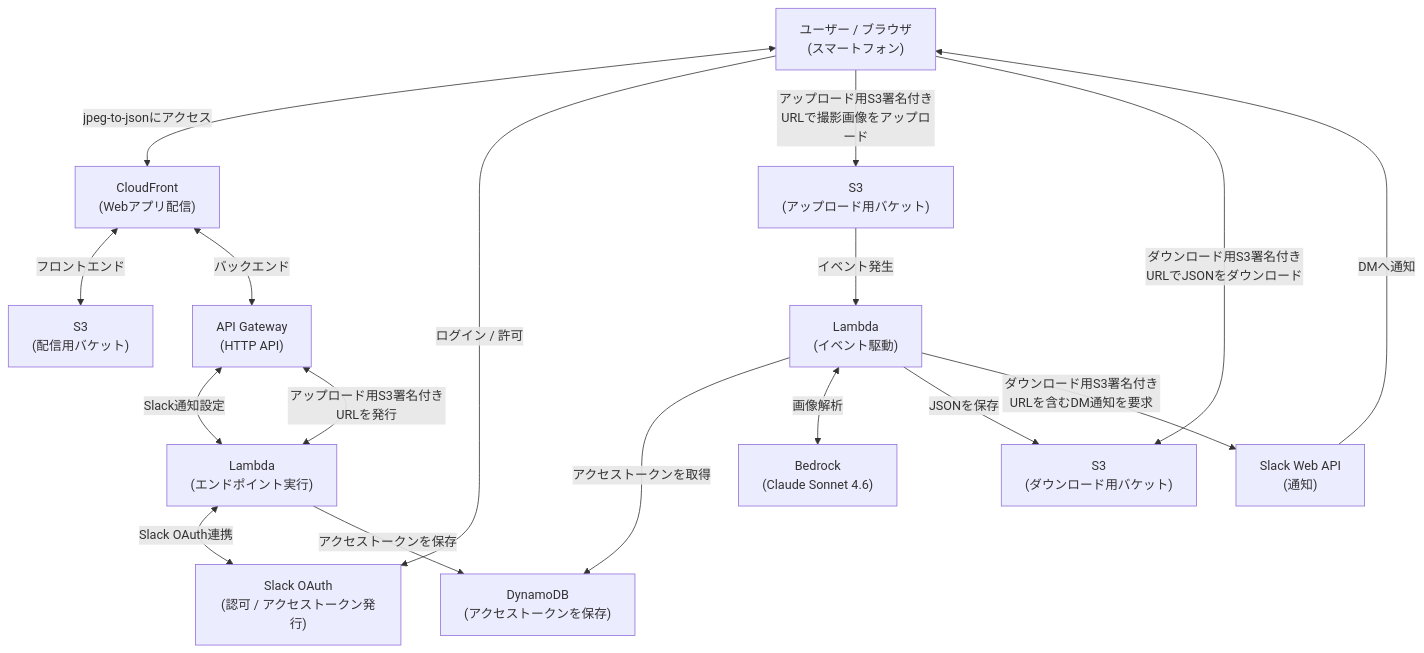
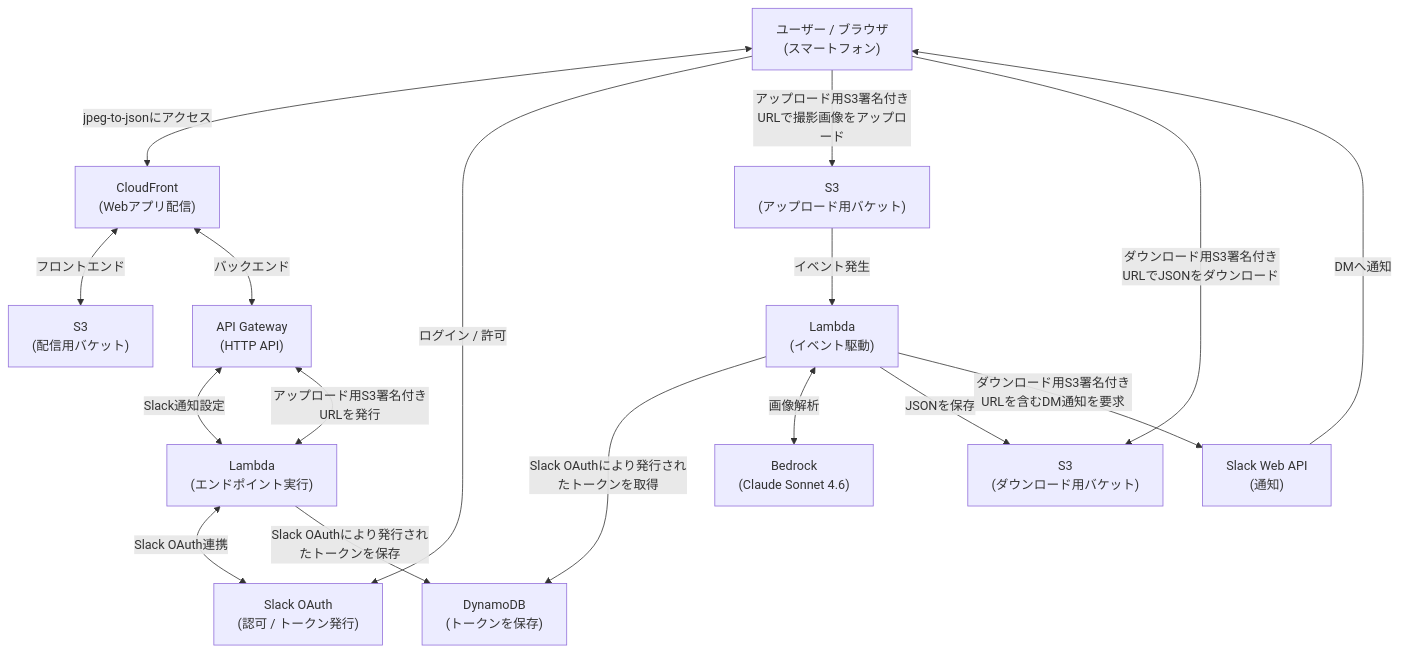
The diagram in README.md (vinylhousegarage/jpeg-to-json), drawn with Mermaid before and after one commit.

Commit message:
docs(readme): clarify Slack token flow in system diagram

````diff
--- a/README.md
+++ b/README.md
@@ -14,37 +14,37 @@
 ```mermaid
 flowchart TD
   U["ユーザー / ブラウザ<br/>(スマートフォン)"]
 
   CF["CloudFront<br/>(Webアプリ配信)"]
-  DB["DynamoDB<br/>(アクセストークンを保存)"]
+  DB["DynamoDB<br/>(トークンを保存)"]
   AI["Bedrock<br/>(Claude Sonnet 4.6)"]
 
   FE["S3<br/>(配信用バケット)"]
   IN["S3<br/>(アップロード用バケット)"]
   OUT["S3<br/>(ダウンロード用バケット)"]
 
   API["API Gateway<br/>(HTTP API)"]
   APP["Lambda<br/>(エンドポイント実行)"]
   PROC["Lambda<br/>(イベント駆動)"]
 
-  OAUTH["Slack OAuth<br/>(認可 / アクセストークン発行)"]
+  OAUTH["Slack OAuth<br/>(認可 / トークン発行)"]
   WEBAPI["Slack Web API<br/>(通知)"]
 
   U <-->|jpeg-to-jsonにアクセス| CF
   CF <-->|"フロントエンド"| FE
   CF <-->|"バックエンド"| API
   U -->|"ログイン / 許可"| OAUTH
   API <-->|"Slack通知設定"| APP
   API <-->|"アップロード用S3署名付きURLを発行"| APP
   APP <-->|"Slack OAuth連携"| OAUTH
-  APP -->|"アクセストークンを保存"| DB
+  APP -->|"Slack OAuthにより発行されたトークンを保存"| DB
 
   U -->|"アップロード用S3署名付きURLで撮影画像をアップロード"| IN
   IN -->|"イベント発生"| PROC
-  PROC -->|"アクセストークンを取得"| DB
+  PROC -->|"Slack OAuthにより発行されたトークンを取得"| DB
   PROC <-->|"画像解析"| AI
   PROC -->|"JSONを保存"| OUT
   PROC -->|"ダウンロード用S3署名付きURLを含むDM通知を要求"| WEBAPI
   WEBAPI -->|"DMへ通知"| U
   U -->|"ダウンロード用S3署名付きURLでJSONをダウンロード"| OUT
 ```
````
